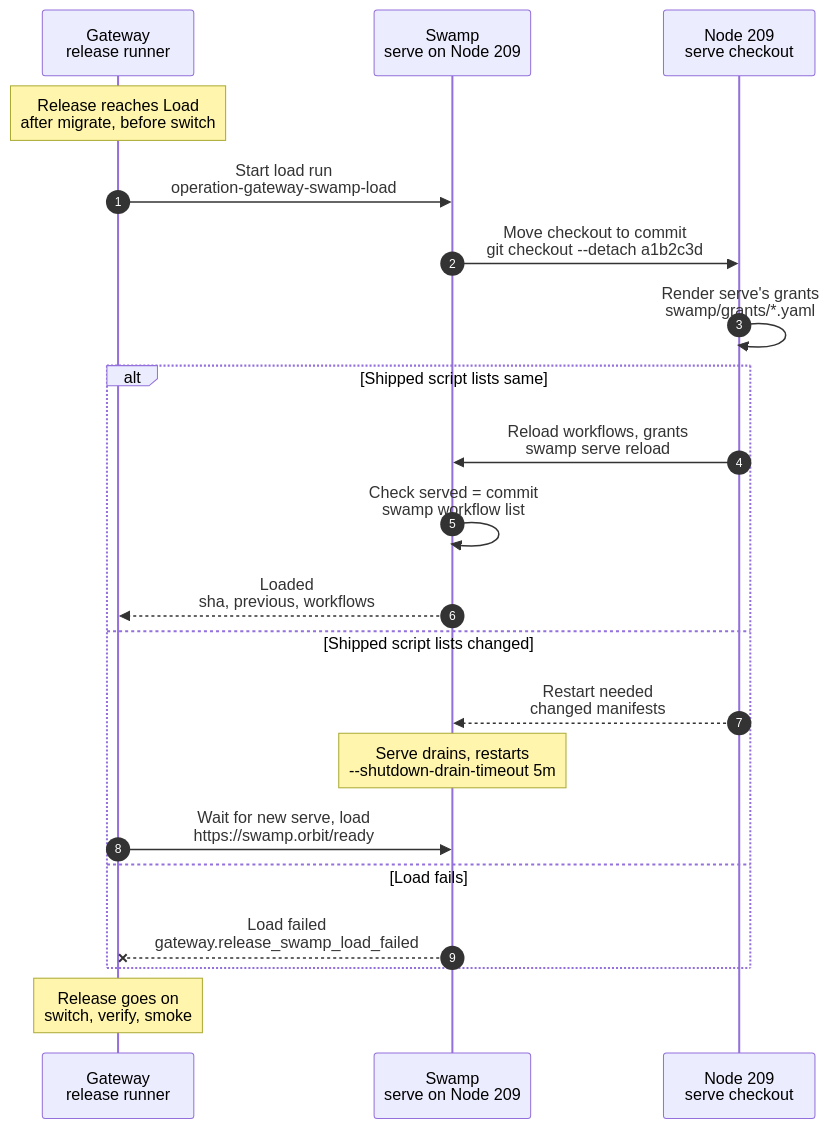
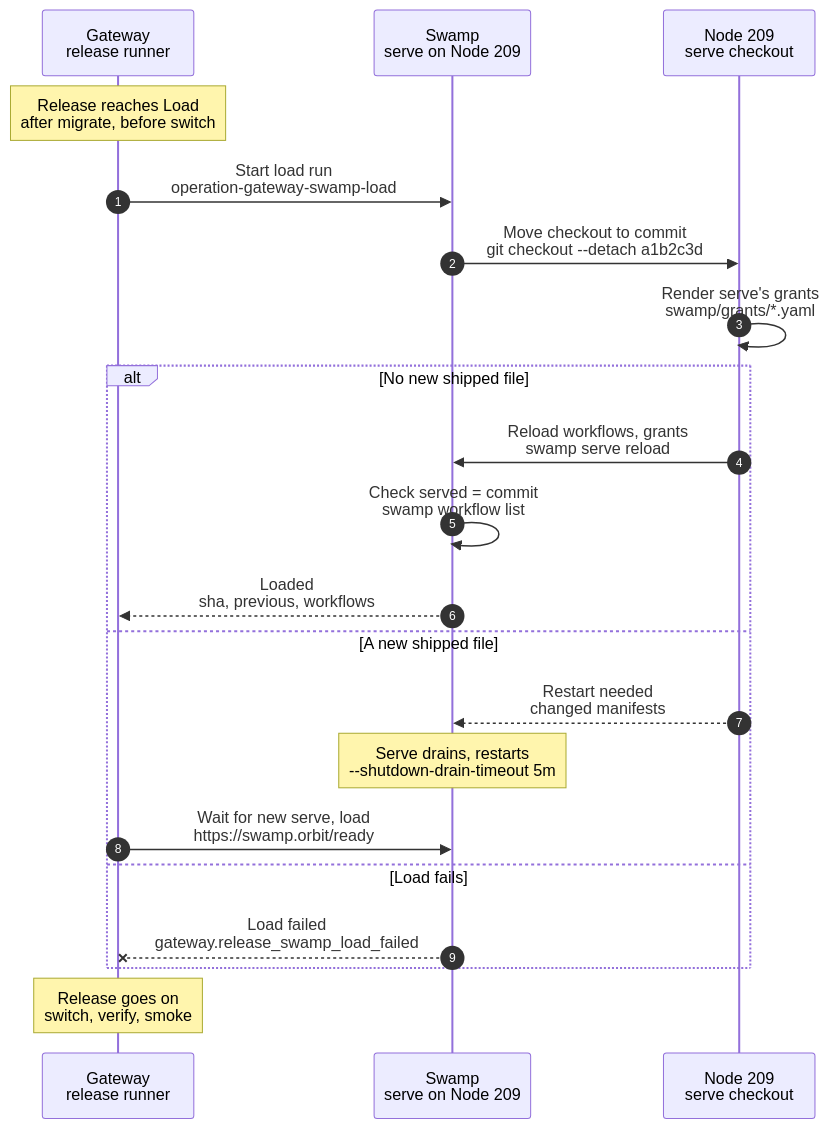
Before and after one commit to hardimpactdev/orbit: the diagram in docs/flows/gateway.swamp_load.mmd, drawn with Mermaid. The commit also changed 5 other files, not shown here.

First line of the commit message:
fix(swamp): restart serve at a release only for a new shipped file

```diff
--- a/docs/flows/gateway.swamp_load.mmd
+++ b/docs/flows/gateway.swamp_load.mmd
@@ -1,85 +1,87 @@
 sequenceDiagram
   %% Target design: swamp-load-git-checkout (Nick 2026-11-01), release-waits-for-swamp, single-swamp-node. docs/reference/gateway-recovery.md#load-swamp.
   %% status: reviewed
   %% command: gateway:release:deploy · Load Swamp
   %% behavior name: gateway-swamp-load (fixed)
   autonumber
   %% lane GW icon=gateway pill=intent tone=blue
   %% lane SW icon=workflow pill=executes tone=green
   %% lane N icon=server pill=target tone=amber
   participant GW as Gateway<br/>release runner
   participant SW as Swamp<br/>serve on Node 209
   participant N as Node 209<br/>serve checkout
   Note over GW: Release reaches Load<br/>after migrate, before switch
   %%> When:
   %%> - every Gateway release, automatic or `orbit gateway:release:deploy <sha>`
   %%> - after prepare and migrate, before the switch
   %%> - also for releases that change no Swamp file, so Gateway and Swamp always run the same commit
   %%> Not included:
   %%> - no CLI command of its own; the release runner is the only caller
   %%> - `gateway:release:rollback` skips this step, so a rollback works while Swamp is down
   GW->>SW: Start load run<br/>operation-gateway-swamp-load
   %%> What it does:
   %%> - records task #5150 with the release commit
   %%> - starts one Swamp run on serve, placed on the `swamp` role
   %%> Inputs:
   %%> - the release commit, for example `a1b2c3d`
   %%> Retry:
   %%> - when serve is restarting, the start waits up to 10 minutes instead of pausing the release
   SW->>N: Move checkout to commit<br/>git checkout --detach a1b2c3d
   %%> Requirements:
   %%> - the new commit descends from the current one (fast-forward only)
   %%> On the Node:
   %%> - fetches the commit into the serve checkout
   %%> - moves the checkout to it
   %%> Why:
   %%> - Swamp's default mode reads `swamp/` from a Git checkout; no custom loader
   N->>N: Render serve's grants<br/>swamp/grants/*.yaml
   %%> What it does:
   %%> - writes which workflows the Gateway may start, from `swamp/config/gateway-workflow-grants.json`
   %%> - writes serve's other grants, from `swamp/config/serve-grants.json`, as `swamp/grants/orbit-serve.yaml`
   %%> Why a script:
   %%> - serve's grants format can't hold the manifest's schedule producer marks, and no official behavior renders grants
   %%> Not included:
   %%> - the swamp role writes no grants; they follow the checkout
-  alt Shipped script lists same
+  alt No new shipped file
     N->>SW: Reload workflows, grants<br/>swamp serve reload
     %%> What it does:
     %%> - `swamp serve reload`: serve picks up new and changed workflows and extensions
     %%> - `swamp access reload`: serve creates, revokes or keeps grants to match the file
     %%> Why:
     %%> - a reload, not a restart: running work keeps going
     SW->>SW: Check served = commit<br/>swamp workflow list
     %%> What it does:
     %%> - compares the workflows serve runs with the workflows in the commit
     %%> - ignores the `schedule-<uuid>` workflows that Schedules publish
     SW-->>GW: Loaded<br/>sha, previous, workflows
     %%> Result:
     %%> - task #5150 succeeded
     %%> - returns the commit, the previous commit and the workflow count
-  else Shipped script lists changed
+  else A new shipped file
     N-->>SW: Restart needed<br/>changed manifests
     %%> Why:
     %%> - serve's reload keeps each extension's file list from its start (Lab #4282)
     %%> - so new shipped scripts reach workers only after a restart
+    %%> - a removed entry needs none: serve serves a listed file that is gone as missing
+    %%> - each restart resets serve's hourly bookkeeping GC (Lab #4287), so the release restarts only when it must
     %%> Temporary:
     %%> - remove this branch when Lab #4282 is fixed
     Note over SW: Serve drains, restarts<br/>--shutdown-drain-timeout 5m
     %%> What it does:
     %%> - serve takes no new work and lets running work finish, up to 5 minutes
     %%> - then a new serve instance starts from the new commit
     GW->>SW: Wait for new serve, load<br/>https://swamp.orbit/ready
     %%> What it does:
     %%> - waits up to 7 minutes for a new serve instance id
     %%> - then starts the load once more; that run takes the first branch
   else Load fails
     SW--xGW: Load failed<br/>gateway.release_swamp_load_failed
     %%> Result:
     %%> - task #5150 failed
     %%> - the release pauses before the switch; the old Gateway release stays live
     %%> - the checkout may stay on the new commit; fix forward and resume the release
   end
   Note over GW: Release goes on<br/>switch, verify, smoke
   %%> Result:
   %%> - Gateway and Swamp now run the same commit
   %%> - the release switches to the new Gateway code
```
